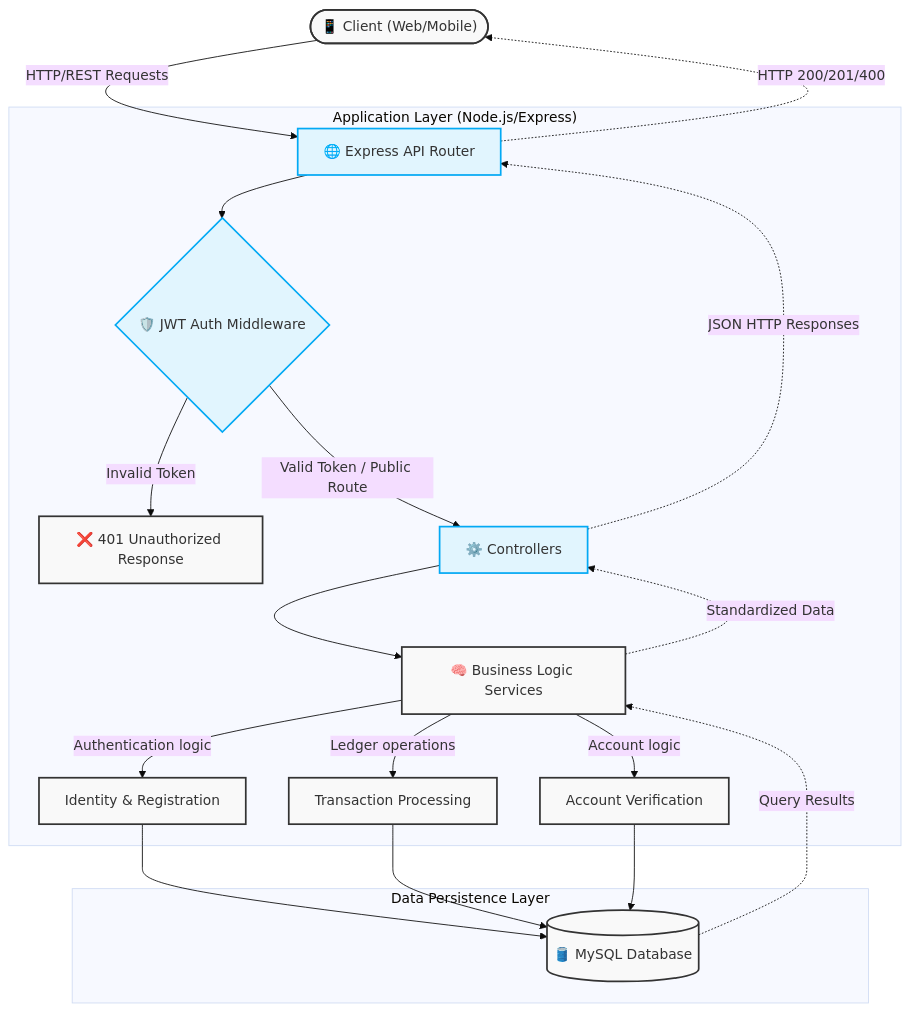
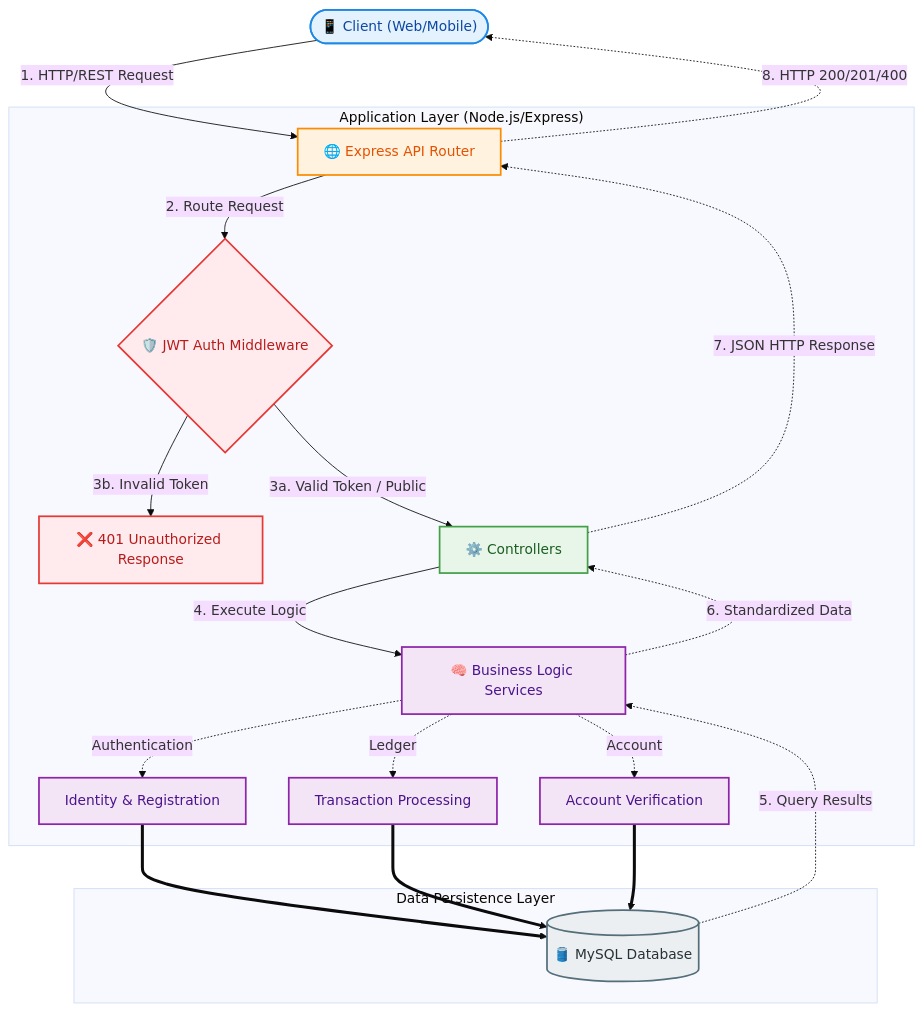
The diagram in README.md (Aj4y-Dev/SmartBank), drawn with Mermaid (base theme) before and after one commit.

Commit message:
readme.md is created

````diff
--- a/README.md
+++ b/README.md
@@ -39,31 +39,43 @@
 ```mermaid
-graph TD
-    Client(["📱 Client (Web/Mobile)"]) -- "HTTP/REST Requests" --> Gateway["🌐 Express API Router"]
+flowchart TD
+    Client(["📱 Client (Web/Mobile)"]) -- "1. HTTP/REST Request" --> Gateway["🌐 Express API Router"]
     
     subgraph "Application Layer (Node.js/Express)"
-        Gateway --> AuthMiddleware{"🛡️ JWT Auth Middleware"}
-        AuthMiddleware -- "Invalid Token" --> Unauthorized["❌ 401 Unauthorized Response"]
-        AuthMiddleware -- "Valid Token / Public Route" --> Controllers["⚙️ Controllers"]
+        Gateway -- "2. Route Request" --> AuthMiddleware{"🛡️ JWT Auth Middleware"}
+        AuthMiddleware -- "3b. Invalid Token" --> Unauthorized["❌ 401 Unauthorized Response"]
+        AuthMiddleware -- "3a. Valid Token / Public" --> Controllers["⚙️ Controllers"]
         
-        Controllers --> Services["🧠 Business Logic Services"]
+        Controllers -- "4. Execute Logic" --> Services["🧠 Business Logic Services"]
         
-        Services -- "Authentication logic" --> UserAuth["Identity & Registration"]
-        Services -- "Ledger operations" --> Ledger["Transaction Processing"]
-        Services -- "Account logic" --> AccountManagement["Account Verification"]
+        Services -. "Authentication" .-> UserAuth["Identity & Registration"]
+        Services -. "Ledger" .-> LedgerNode["Transaction Processing"]
+        Services -. "Account" .-> AccountManagement["Account Verification"]
     end
     
     subgraph "Data Persistence Layer"
-        UserAuth --> DB[("🛢️ MySQL Database")]
-        Ledger --> DB
-        AccountManagement --> DB
+        UserAuth ==> DB[("🛢️ MySQL Database")]
+        LedgerNode ==> DB
+        AccountManagement ==> DB
     end
     
-    DB -. "Query Results" .-> Services
-    Services -. "Standardized Data" .-> Controllers
-    Controllers -. "JSON HTTP Responses" .-> Gateway
-    Gateway -. "HTTP 200/201/400" .-> Client
+    DB -. "5. Query Results" .-> Services
+    Services -. "6. Standardized Data" .-> Controllers
+    Controllers -. "7. JSON HTTP Response" .-> Gateway
+    Gateway -. "8. HTTP 200/201/400" .-> Client
 
-    classDef default fill:#f9f9f9,stroke:#333,stroke-width:2px;
-    classDef highlight fill:#e1f5fe,stroke:#03a9f4,stroke-width:2px;
-    class Gateway,AuthMiddleware,Controllers highlight;
+    %% Custom Categorized Styles %%
+    classDef default fill:#ffffff,stroke:#cccccc,stroke-width:1px,color:#333333;
+    classDef clientLayer fill:#e3f2fd,stroke:#1e88e5,stroke-width:2px,color:#0d47a1;
+    classDef routerLayer fill:#fff3e0,stroke:#fb8c00,stroke-width:2px,color:#e65100;
+    classDef authLayer fill:#ffebee,stroke:#e53935,stroke-width:2px,color:#b71c1c;
+    classDef controllerLayer fill:#e8f5e9,stroke:#43a047,stroke-width:2px,color:#1b5e20;
+    classDef serviceLayer fill:#f3e5f5,stroke:#8e24aa,stroke-width:2px,color:#4a148c;
+    classDef dbLayer fill:#eceff1,stroke:#546e7a,stroke-width:2px,color:#263238;
+
+    class Client clientLayer;
+    class Gateway routerLayer;
+    class AuthMiddleware,Unauthorized authLayer;
+    class Controllers controllerLayer;
+    class Services,UserAuth,LedgerNode,AccountManagement serviceLayer;
+    class DB dbLayer;
 ```
````
